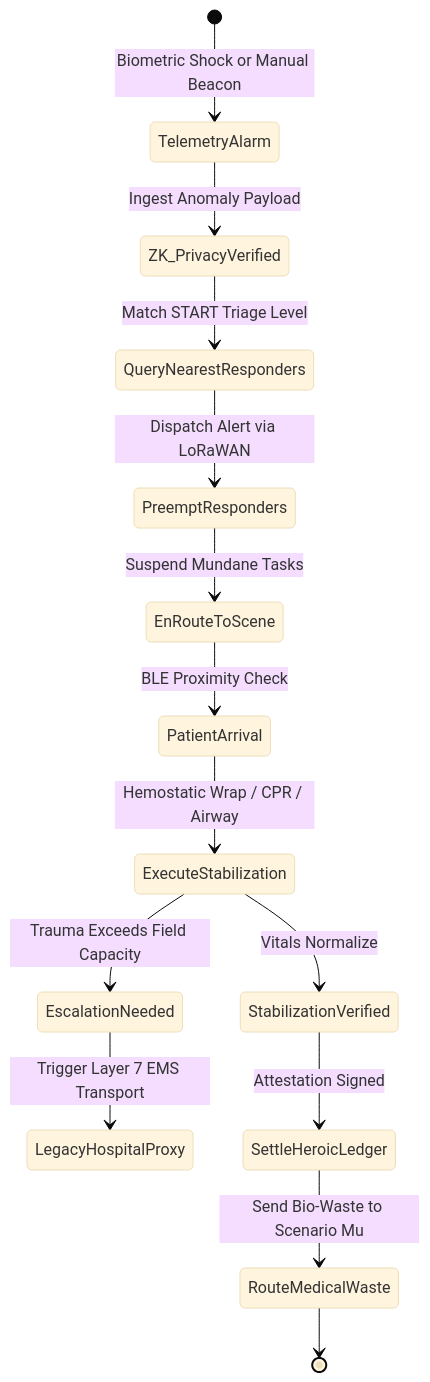
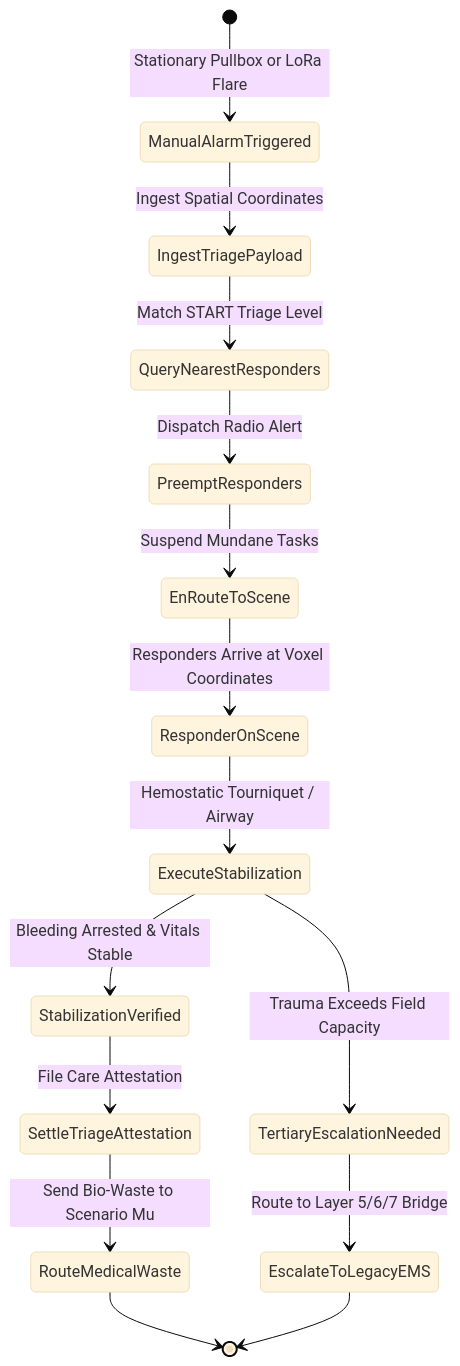
Before and after one commit to raffaine/collective: the second of 4 diagrams in docs/scenarios/chi_paramedic.md, drawn with Mermaid (base theme). The commit also changed other lines of this file and 23 other files, not shown here.

````diff
--- a/docs/scenarios/chi_paramedic.md
+++ b/docs/scenarios/chi_paramedic.md
@@ -81,16 +87,17 @@
 ```mermaid
 stateDiagram-v2
-    [*] --> TelemetryAlarm: Biometric Shock or Manual Beacon
-    TelemetryAlarm --> ZK_PrivacyVerified: Ingest Anomaly Payload
-    ZK_PrivacyVerified --> QueryNearestResponders: Match START Triage Level
-    QueryNearestResponders --> PreemptResponders: Dispatch Alert via LoRaWAN
+    [*] --> ManualAlarmTriggered: Stationary Pullbox or LoRa Flare
+    ManualAlarmTriggered --> IngestTriagePayload: Ingest Spatial Coordinates
+    IngestTriagePayload --> QueryNearestResponders: Match START Triage Level
+    QueryNearestResponders --> PreemptResponders: Dispatch Radio Alert
     PreemptResponders --> EnRouteToScene: Suspend Mundane Tasks
-    EnRouteToScene --> PatientArrival: BLE Proximity Check
-    PatientArrival --> ExecuteStabilization: Hemostatic Wrap / CPR / Airway
-    ExecuteStabilization --> EscalationNeeded: Trauma Exceeds Field Capacity
-    EscalationNeeded --> LegacyHospitalProxy: Trigger Layer 7 EMS Transport
-    ExecuteStabilization --> StabilizationVerified: Vitals Normalize
-    StabilizationVerified --> SettleHeroicLedger: Attestation Signed
-    SettleHeroicLedger --> RouteMedicalWaste: Send Bio-Waste to Scenario Mu
+    EnRouteToScene --> ResponderOnScene: Responders Arrive at Voxel Coordinates
+    ResponderOnScene --> ExecuteStabilization: Hemostatic Tourniquet / Airway
+    ExecuteStabilization --> TertiaryEscalationNeeded: Trauma Exceeds Field Capacity
+    TertiaryEscalationNeeded --> EscalateToLegacyEMS: Route to Layer 5/6/7 Bridge
+    ExecuteStabilization --> StabilizationVerified: Bleeding Arrested & Vitals Stable
+    StabilizationVerified --> SettleTriageAttestation: File Care Attestation
+    SettleTriageAttestation --> RouteMedicalWaste: Send Bio-Waste to Scenario Mu
     RouteMedicalWaste --> [*]
+    EscalateToLegacyEMS --> [*]
 ```
````
